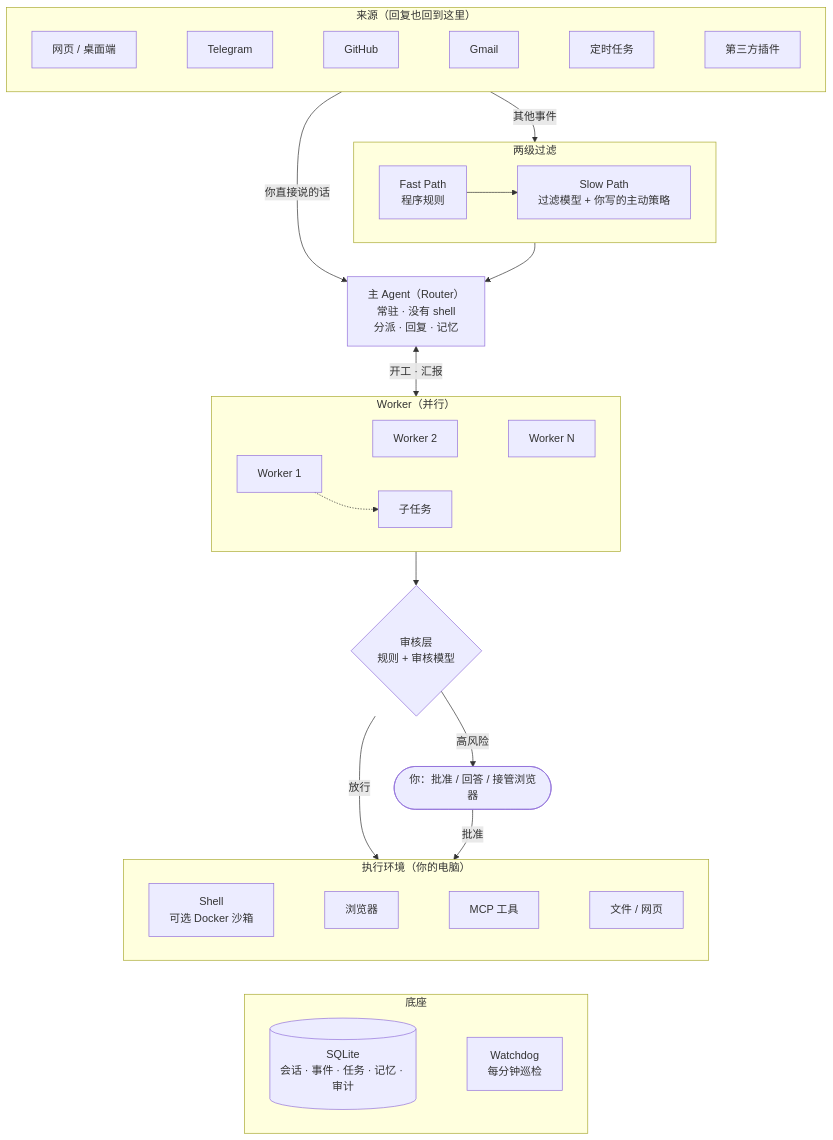
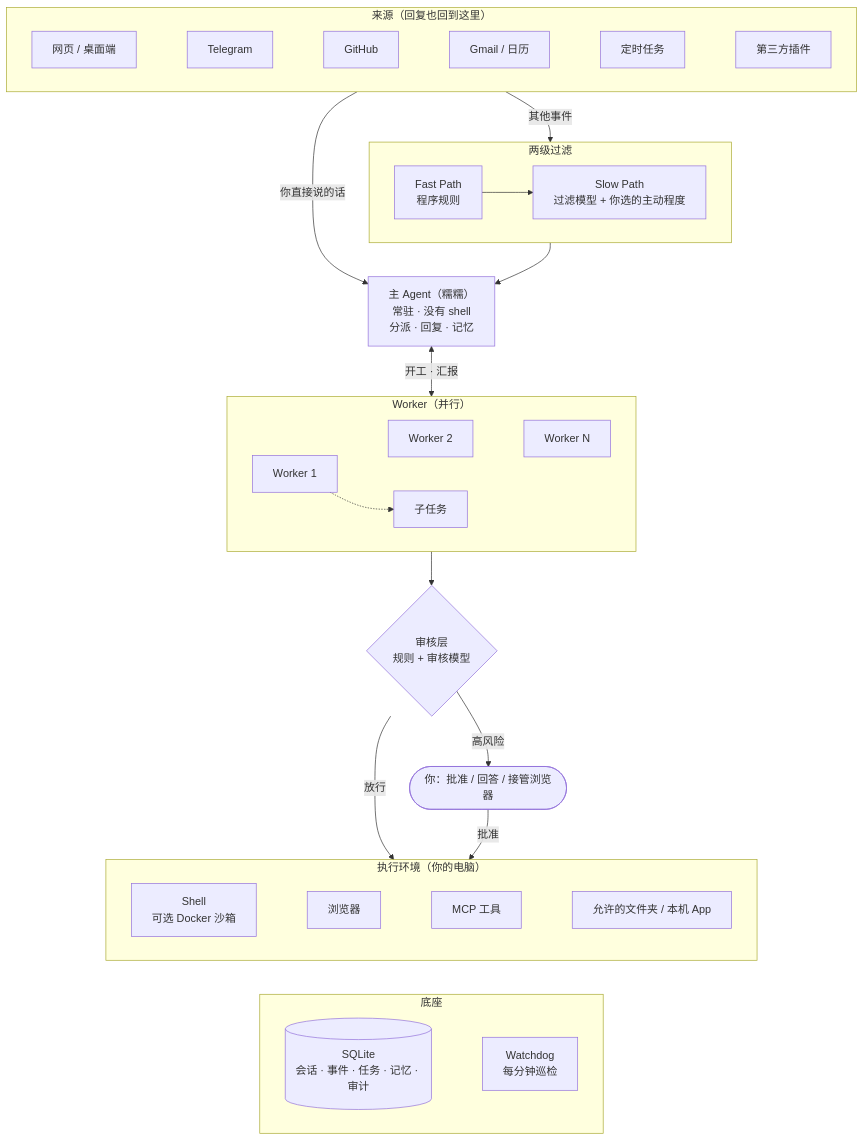
Before and after one commit to cyDione/nuonuo: the diagram in README.md, drawn with Mermaid. The commit also changed other lines of this file and 6 other files, not shown here.

````diff
--- a/README.md
+++ b/README.md
@@ -111,42 +166,42 @@
 ```mermaid
 flowchart TB
   subgraph IN["来源（回复也回到这里）"]
     direction LR
-    web["网页 / 桌面端"] ~~~ tg["Telegram"] ~~~ gh["GitHub"] ~~~ gm["Gmail"] ~~~ cron["定时任务"] ~~~ plug["第三方插件"]
+    web["网页 / 桌面端"] ~~~ tg["Telegram"] ~~~ gh["GitHub"] ~~~ gm["Gmail / 日历"] ~~~ cron["定时任务"] ~~~ plug["第三方插件"]
   end
 
   subgraph FILTER["两级过滤"]
     direction LR
-    fast["Fast Path<br/>程序规则"] --> slow["Slow Path<br/>过滤模型 + 你写的主动策略"]
+    fast["Fast Path<br/>程序规则"] --> slow["Slow Path<br/>过滤模型 + 你选的主动程度"]
   end
 
-  router["主 Agent（Router）<br/>常驻 · 没有 shell<br/>分派 · 回复 · 记忆"]
+  router["主 Agent（糯糯）<br/>常驻 · 没有 shell<br/>分派 · 回复 · 记忆"]
 
   subgraph WORK["Worker（并行）"]
     direction LR
     w1["Worker 1"] ~~~ w2["Worker 2"] ~~~ wn["Worker N"]
     w1 -.-> sub["子任务"]
   end
 
   review{"审核层<br/>规则 + 审核模型"}
   you(["你：批准 / 回答 / 接管浏览器"])
 
   subgraph ENV["执行环境（你的电脑）"]
     direction LR
-    sh["Shell<br/>可选 Docker 沙箱"] ~~~ br["浏览器"] ~~~ mcp["MCP 工具"] ~~~ fs["文件 / 网页"]
+    sh["Shell<br/>可选 Docker 沙箱"] ~~~ br["浏览器"] ~~~ mcp["MCP 工具"] ~~~ fs["允许的文件夹 / 本机 App"]
   end
 
   subgraph BASE["底座"]
     direction LR
     db[("SQLite<br/>会话 · 事件 · 任务 · 记忆 · 审计")] ~~~ wd["Watchdog<br/>每分钟巡检"]
   end
 
   IN -- "你直接说的话" --> router
   IN -- "其他事件" --> FILTER --> router
   router <-- "开工 · 汇报" --> WORK
   WORK --> review
   review -- "放行" --> ENV
   review -- "高风险" --> you
   you -- "批准" --> ENV
   ENV ~~~ BASE
 ```
````
